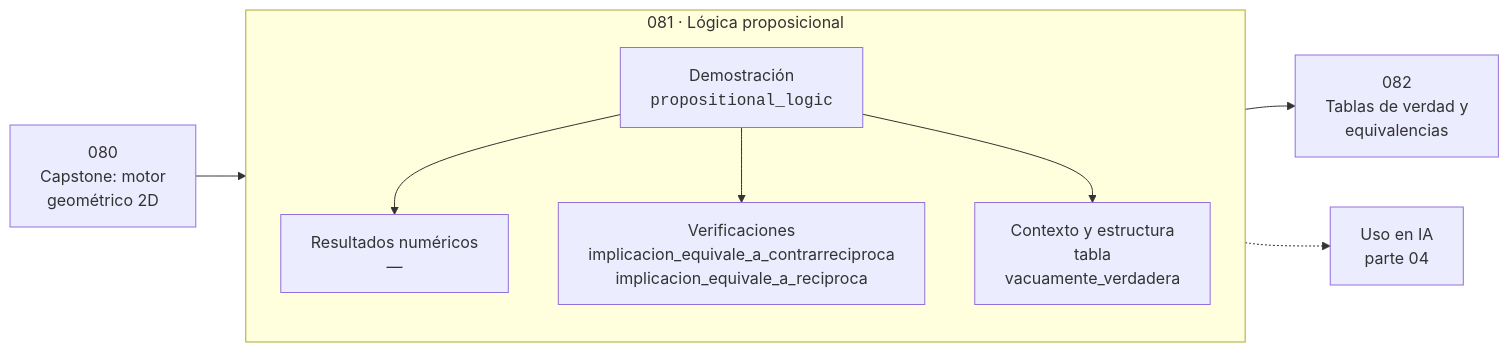
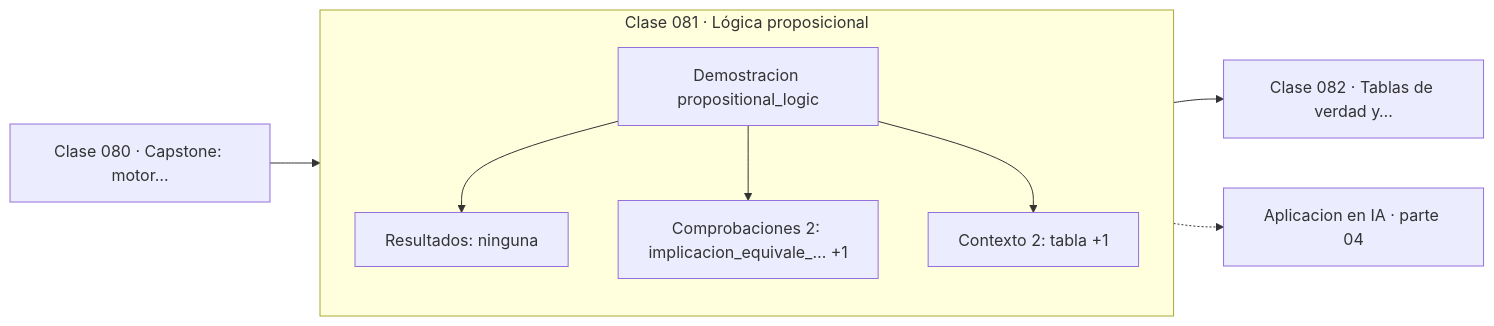
The diagram in classes/part-04-matematica-discreta-para-computacion/081-logica-proposicional/README.md (vladimiracunadev-create/computational-mathematics-program), drawn with Mermaid before and after one commit. The commit also changed other lines of this file and 389 other files, not shown here.

First line of the commit message:
fix(diagramas): elimina el HTML de las etiquetas Mermaid

````diff
--- a/classes/part-04-matematica-discreta-para-computacion/081-logica-proposicional/README.md
+++ b/classes/part-04-matematica-discreta-para-computacion/081-logica-proposicional/README.md
@@ -30,12 +36,13 @@
 ```mermaid
 flowchart LR
-    P["080<br/>Capstone: motor<br/>geométrico 2D"] --> C
-    subgraph C["081 · Lógica proposicional"]
+    P["Clase 080 · Capstone: motor…"] --> D
+    subgraph CLASE["Clase 081 · Lógica proposicional"]
         direction TB
-        D["Demostración<br/><code>propositional_logic</code>"] --> R["Resultados numéricos<br/>—"]
-        D --> V["Verificaciones<br/>implicacion_equivale_a_contrarreciproca<br/>implicacion_equivale_a_reciproca"]
-        D --> O["Contexto y estructura<br/>tabla<br/>vacuamente_verdadera"]
+        D["Demostracion propositional_logic"]
+        D --> R["Resultados: ninguna"]
+        D --> V["Comprobaciones 2: implicacion_equivale_… +1"]
+        D --> O["Contexto 2: tabla +1"]
     end
-    C --> N["082<br/>Tablas de verdad y<br/>equivalencias"]
-    C -.-> IA["Uso en IA<br/>parte 04"]
+    R --> N["Clase 082 · Tablas de verdad y…"]
+    V -.-> IA["Aplicacion en IA · parte 04"]
 ```
````
